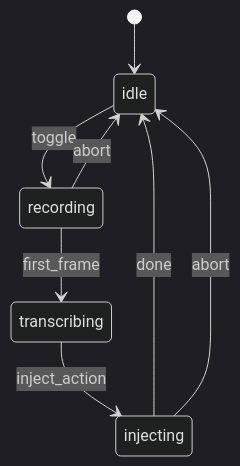
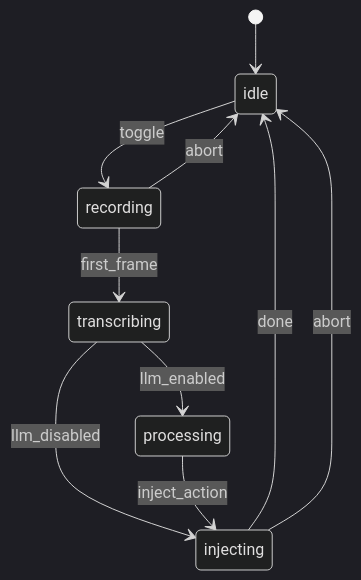
One commit to LeonardoTrapani/hyprvoice changed the second of 2 diagrams in README.md. Above: the diagram before and after it, drawn with Mermaid (dark theme). The commit also changed other lines of this file and 2 other files, not shown here.

Commit message:
docs: add LLM post-processing and unified provider documentation

````diff
--- a/README.md
+++ b/README.md
@@ -542,10 +701,12 @@
 ```mermaid
 stateDiagram-v2
   [*] --> idle
   idle --> recording: toggle
   recording --> transcribing: first_frame
-  transcribing --> injecting: inject_action
+  transcribing --> processing: llm_enabled
+  transcribing --> injecting: llm_disabled
+  processing --> injecting: inject_action
   injecting --> idle: done
   recording --> idle: abort
   injecting --> idle: abort
 ```
````
